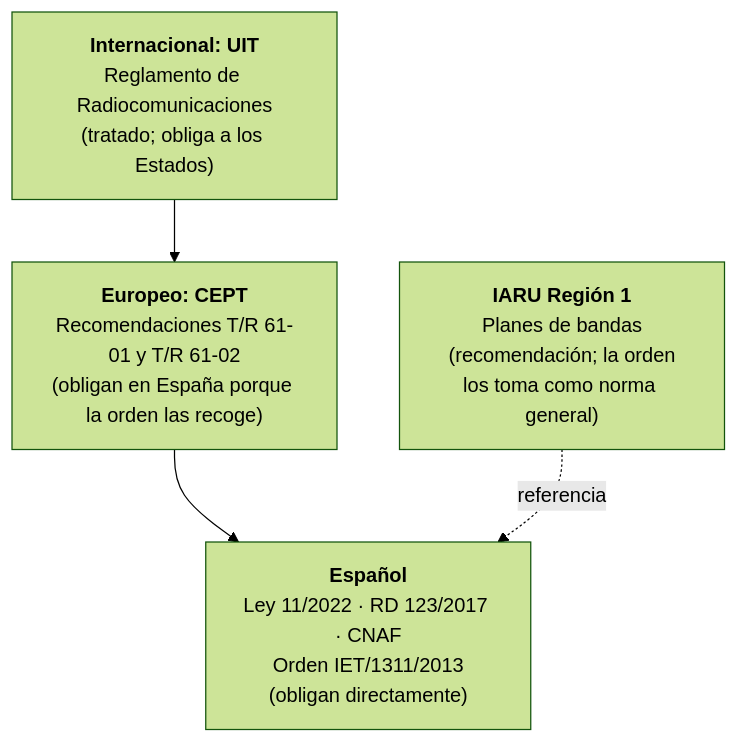
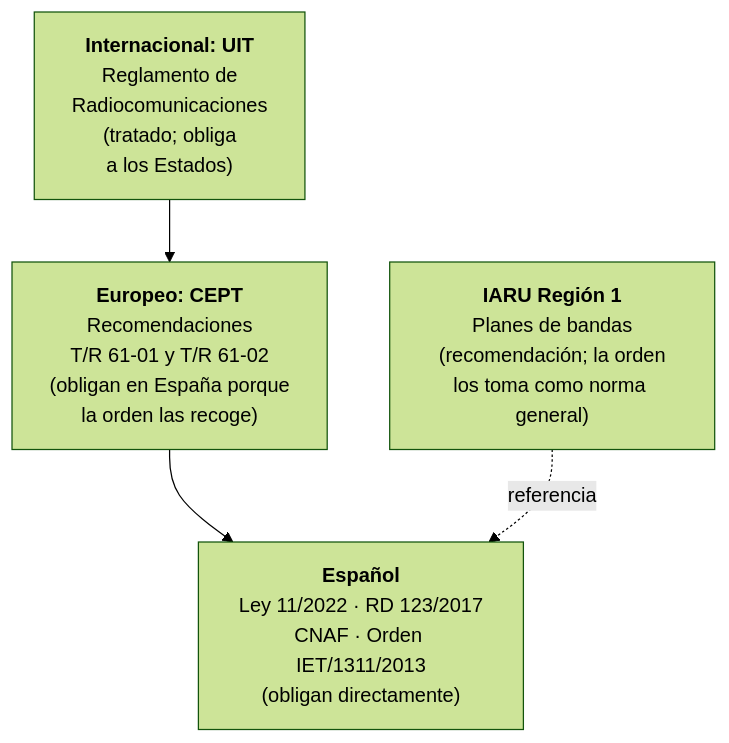
The diagram in docs/09-reglamentacion/index.md (mshodai/manual-radioaficionado), drawn with Mermaid (forest theme) before and after one commit. The commit also changed 33 other files, not shown here.

````diff
--- a/docs/09-reglamentacion/index.md
+++ b/docs/09-reglamentacion/index.md
@@ -11,9 +11,9 @@
 ```mermaid
 flowchart TD
-    UIT["<b>Internacional: UIT</b><br/>Reglamento de Radiocomunicaciones<br/>(tratado; obliga a los Estados)"]
-    CEPT["<b>Europeo: CEPT</b><br/>Recomendaciones T/R 61-01 y T/R 61-02<br/>(obligan en España porque la orden las recoge)"]
-    ES["<b>Español</b><br/>Ley 11/2022 · RD 123/2017 · CNAF<br/>Orden IET/1311/2013<br/>(obligan directamente)"]
+    UIT["<b>Internacional: UIT</b><br/>Reglamento de<br/>Radiocomunicaciones<br/>(tratado; obliga<br/>a los Estados)"]
+    CEPT["<b>Europeo: CEPT</b><br/>Recomendaciones<br/>T/R 61-01 y T/R 61-02<br/>(obligan en España porque<br/>la orden las recoge)"]
+    ES["<b>Español</b><br/>Ley 11/2022 · RD 123/2017<br/>CNAF · Orden IET/1311/2013<br/>(obligan directamente)"]
     IARU["<b>IARU Región 1</b><br/>Planes de bandas<br/>(recomendación; la orden<br/>los toma como norma general)"]
     UIT --> CEPT --> ES
     IARU -. "referencia" .-> ES
 ```
````
